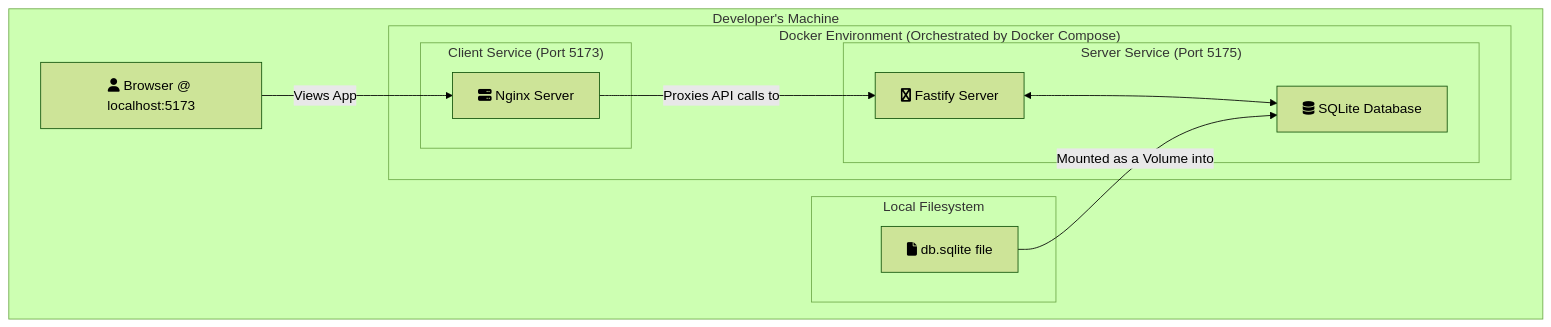
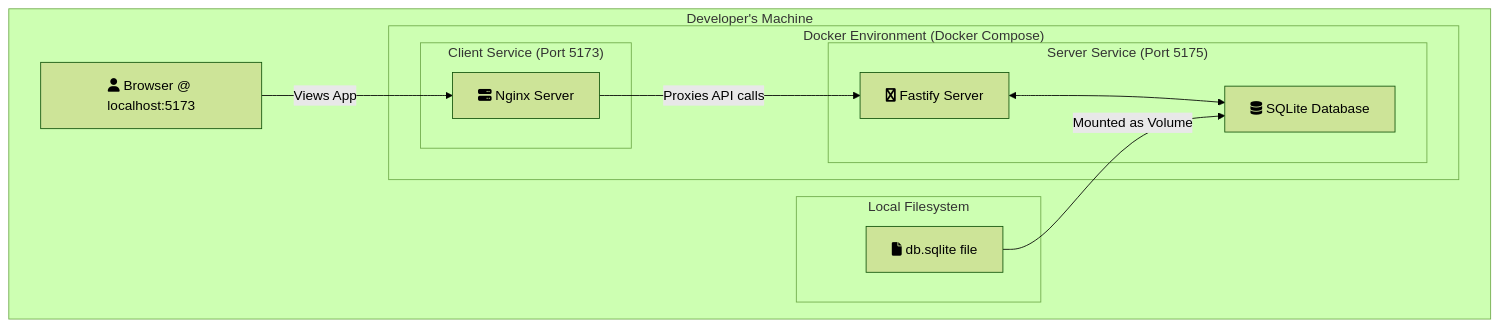
One commit to alokkumar-projects/wex-automotive changed the second of 6 diagrams in README.md. Above: the diagram before and after it, drawn with Mermaid (forest theme). The commit also changed other lines of this file, not shown here.

````diff
--- a/README.md
+++ b/README.md
@@ -64,26 +58,26 @@
 ```mermaid
 graph TD
     subgraph "Developer's Machine"
         A[fa:fa-user Browser @ localhost:5173]
 
-        subgraph "Docker Environment (Orchestrated by Docker Compose)"
+        subgraph "Docker Environment (Docker Compose)"
             subgraph "Client Service (Port 5173)"
                 B[fa:fa-server Nginx Server]
             end
 
             subgraph "Server Service (Port 5175)"
                 C[fa:fa-node-js Fastify Server]
                 D[fa:fa-database SQLite Database]
                 C <--> D
             end
         end
 
         subgraph "Local Filesystem"
              E[fa:fa-file db.sqlite file]
         end
     end
 
     A -- "Views App" --> B
-    B -- "Proxies API calls to" --> C
-    E -- "Mounted as a Volume into" --> D
+    B -- "Proxies API calls" --> C
+    E -- "Mounted as Volume" --> D
 ```
````
